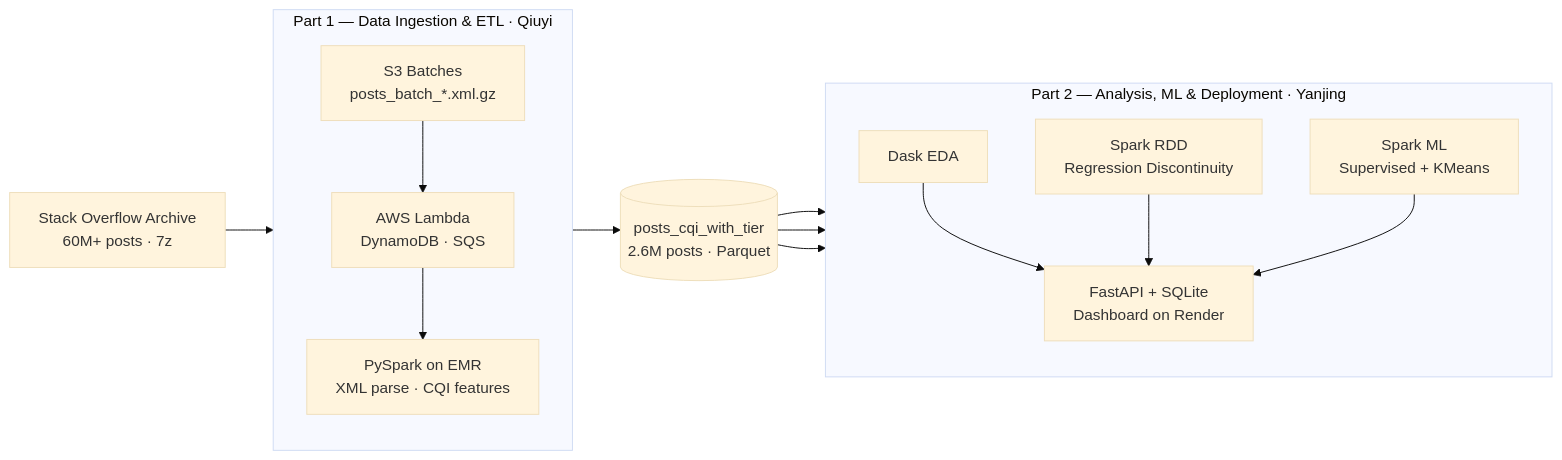
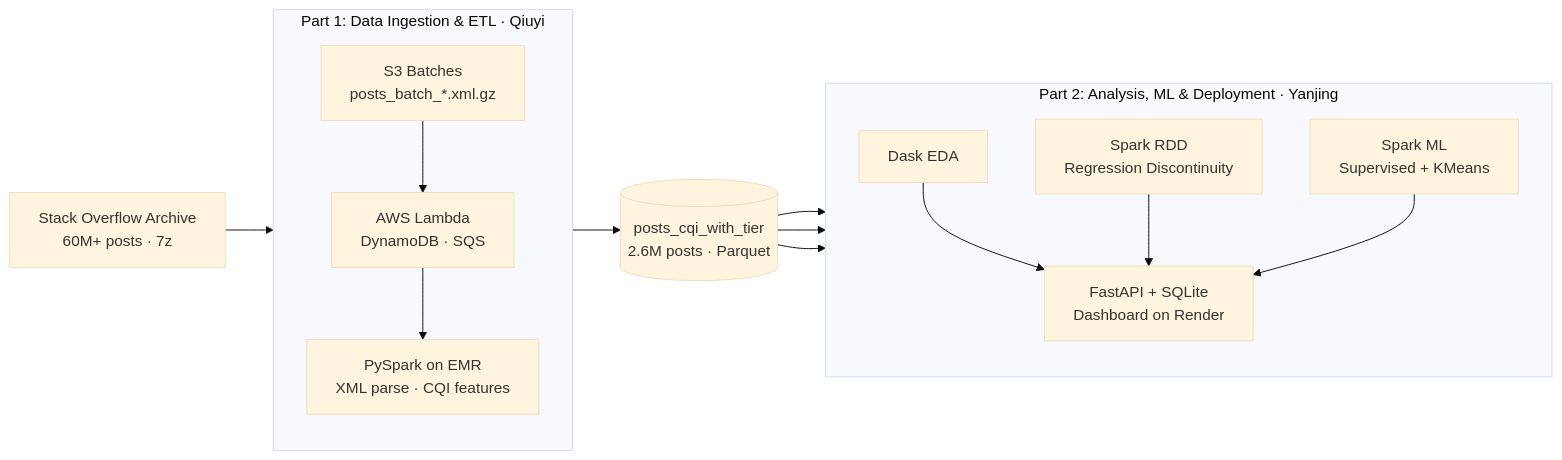
Before and after one commit to qiuyi0919/final-project-stack_exchange_after_gpt: the diagram in README.md, drawn with Mermaid (base theme). The commit also changed other lines of this file, not shown here.

````diff
--- a/README.md
+++ b/README.md
@@ -31,31 +31,31 @@
 ```mermaid
 flowchart LR
     RAW["Stack Overflow Archive\n60M+ posts · 7z"]
 
-    subgraph Q ["Part 1 — Data Ingestion & ETL · Qiuyi"]
+    subgraph Q ["Part 1: Data Ingestion & ETL · Qiuyi"]
         direction TB
         S3["S3 Batches\nposts_batch_*.xml.gz"]
         LAMBDA["AWS Lambda\nDynamoDB · SQS"]
         EMR["PySpark on EMR\nXML parse · CQI features"]
         S3 --> LAMBDA --> EMR
     end
 
     PARQUET[("posts_cqi_with_tier\n2.6M posts · Parquet")]
 
-    subgraph Y ["Part 2 — Analysis, ML & Deployment · Yanjing"]
+    subgraph Y ["Part 2: Analysis, ML & Deployment · Yanjing"]
         direction TB
         EDA["Dask EDA"]
         RDD["Spark RDD\nRegression Discontinuity"]
         ML["Spark ML\nSupervised + KMeans"]
         DASH["FastAPI + SQLite\nDashboard on Render"]
         EDA --> DASH
         RDD --> DASH
         ML --> DASH
     end
 
     RAW --> S3
     EMR --> PARQUET
     PARQUET --> EDA
     PARQUET --> RDD
     PARQUET --> ML
 ```
````
